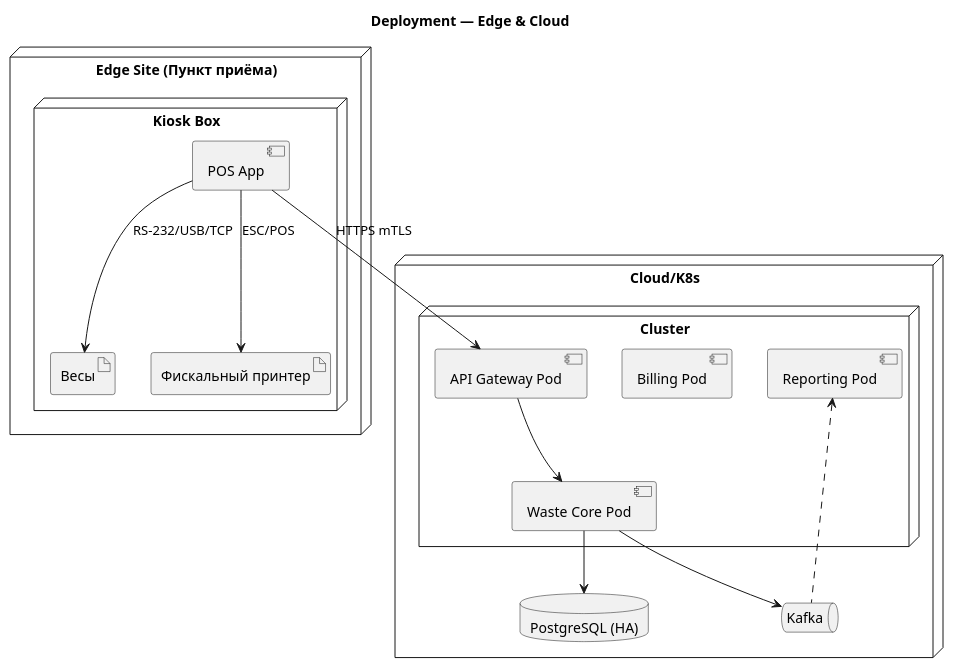
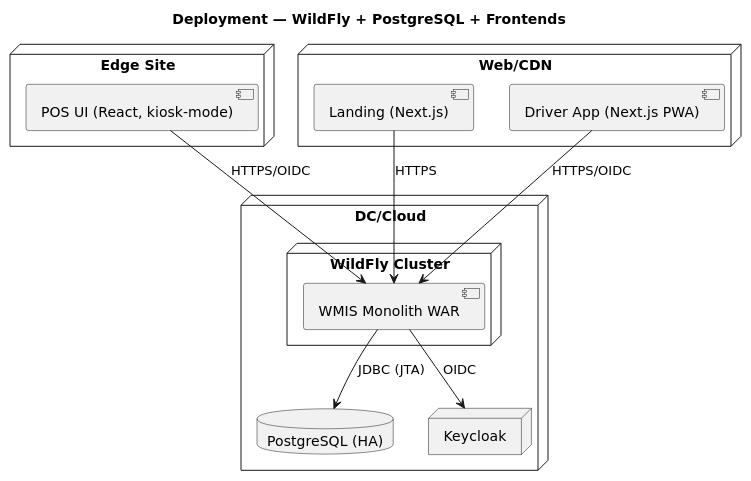
One commit to r4m63/Waste-Management changed the diagram in docs/uml/deployment.puml. Above: the diagram before and after it, drawn with PlantUML. The commit also changed 8 other files, not shown here.

Commit message:
docs: uml architecture

```diff
--- a/docs/uml/deployment.puml
+++ b/docs/uml/deployment.puml
@@ -1,27 +1,28 @@
 @startuml
-title Deployment — Edge & Cloud
-node "Edge Site (Пункт приёма)" {
-  node "Kiosk Box" {
-    [POS App]
-    artifact "Весы" as Scales
-    artifact "Фискальный принтер" as FP
-  }
+title Deployment — WildFly + PostgreSQL + Frontends
+skinparam defaultFontName "DejaVu Sans"
+
+node "Edge Site" {
+  [POS UI (React, kiosk-mode)]
 }
-node "Cloud/K8s" {
-  node "Cluster" {
-    [API Gateway Pod]
-    [Waste Core Pod]
-    [Billing Pod]
-    [Reporting Pod]
+
+node "Web/CDN" {
+  [Landing (Next.js)]
+  [Driver App (Next.js PWA)]
+}
+
+node "DC/Cloud" {
+  node "WildFly Cluster" {
+    [WMIS Monolith WAR]
   }
   database "PostgreSQL (HA)" as PG
-  queue "Kafka" as MQ
+  node "Keycloak" as AUTH
 }
-[POS App] --> [API Gateway Pod] : HTTPS mTLS
-[POS App] --> Scales : RS-232/USB/TCP
-[POS App] --> FP : ESC/POS
-[API Gateway Pod] --> [Waste Core Pod]
-[Waste Core Pod] --> PG
-[Waste Core Pod] --> MQ
-[Reporting Pod] <.. MQ
+
+[POS UI (React, kiosk-mode)] --> [WMIS Monolith WAR] : HTTPS/OIDC
+[Landing (Next.js)] --> [WMIS Monolith WAR] : HTTPS
+[Driver App (Next.js PWA)] --> [WMIS Monolith WAR] : HTTPS/OIDC
+
+[WMIS Monolith WAR] --> PG : JDBC (JTA)
+[WMIS Monolith WAR] --> AUTH : OIDC
 @enduml
```
